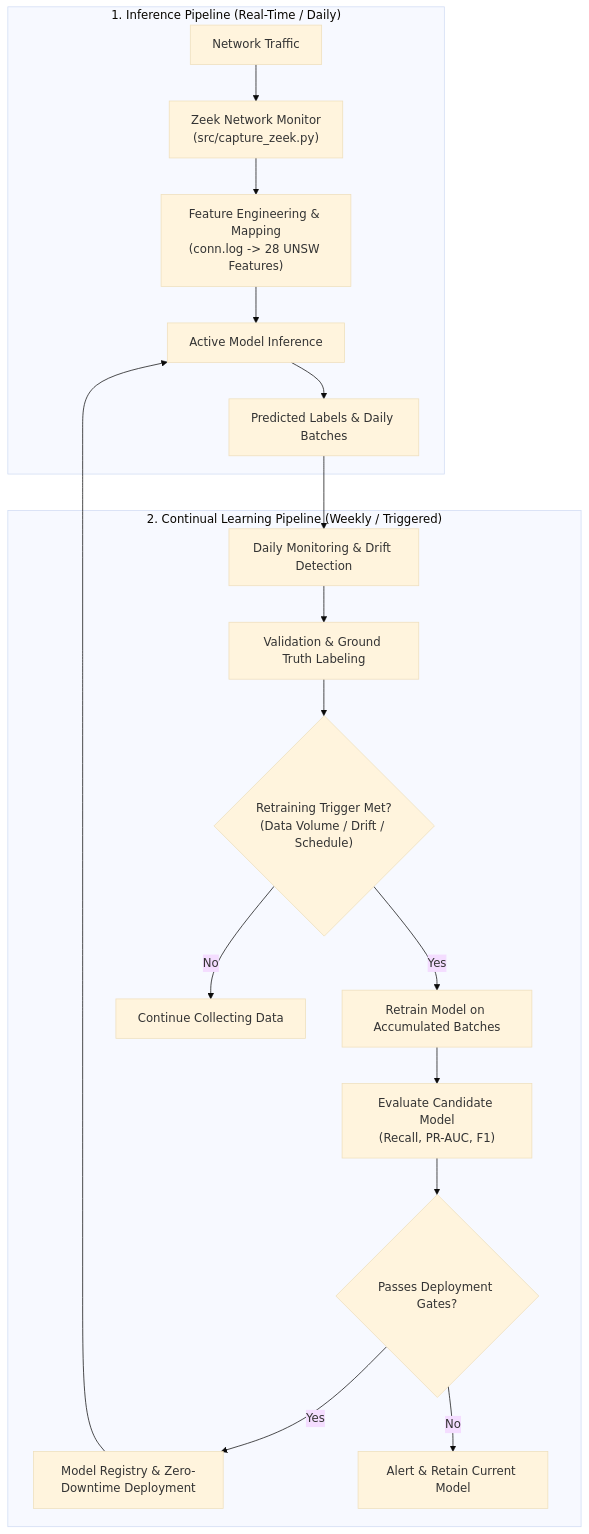
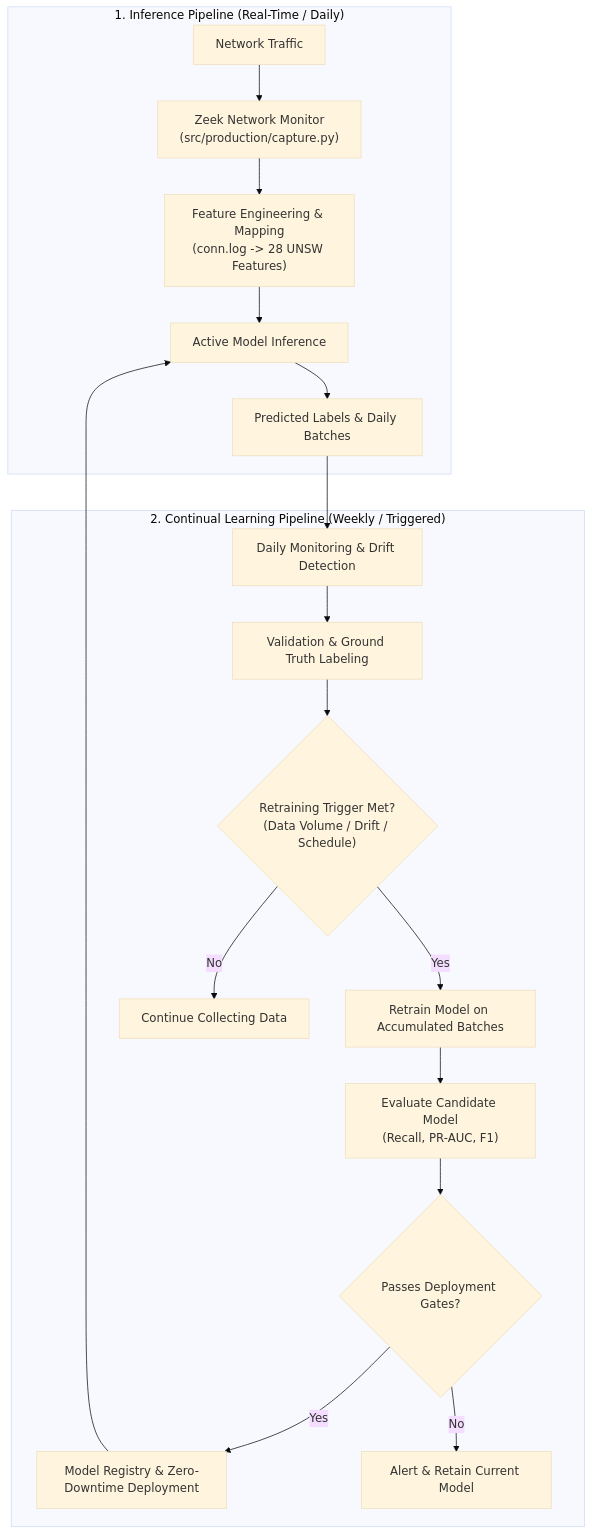
The diagram in README.md (xx-bot/MLOps-AdaptiveNIDS), drawn with Mermaid (base theme) before and after one commit. The commit also changed other lines of this file, not shown here.

Commit message:
update README.md to include zeek installation (read zeek docs for detailed steps)

````diff
--- a/README.md
+++ b/README.md
@@ -36,22 +36,22 @@
 ```mermaid
 flowchart TD
     subgraph INFERENCE ["1. Inference Pipeline (Real-Time / Daily)"]
-        A["Network Traffic"] --> B["Zeek Network Monitor<br/>(src/capture_zeek.py)"]
+        A["Network Traffic"] --> B["Zeek Network Monitor<br/>(src/production/capture.py)"]
         B --> C["Feature Engineering & Mapping<br/>(conn.log -> 28 UNSW Features)"]
         C --> D["Active Model Inference"]
         D --> E["Predicted Labels & Daily Batches"]
     end
 
     subgraph CONTINUAL ["2. Continual Learning Pipeline (Weekly / Triggered)"]
         E --> F["Daily Monitoring & Drift Detection"]
         F --> G["Validation & Ground Truth Labeling"]
         G --> H{"Retraining Trigger Met?<br/>(Data Volume / Drift / Schedule)"}
         H -- Yes --> I["Retrain Model on Accumulated Batches"]
         I --> J["Evaluate Candidate Model<br/>(Recall, PR-AUC, F1)"]
         J --> K{"Passes Deployment Gates?"}
         K -- Yes --> L["Model Registry & Zero-Downtime Deployment"]
         L --> D
         H -- No --> M["Continue Collecting Data"]
         K -- No --> N["Alert & Retain Current Model"]
     end
 ```
````
